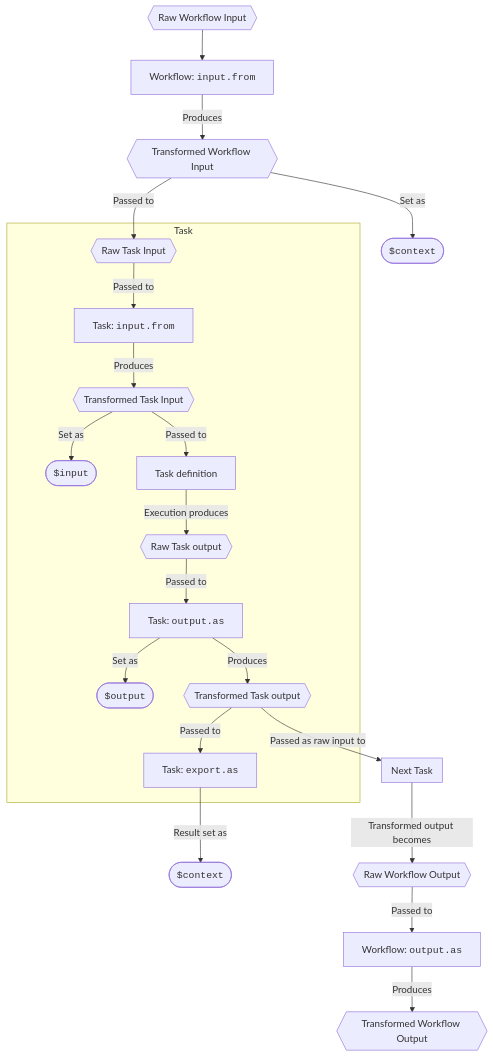
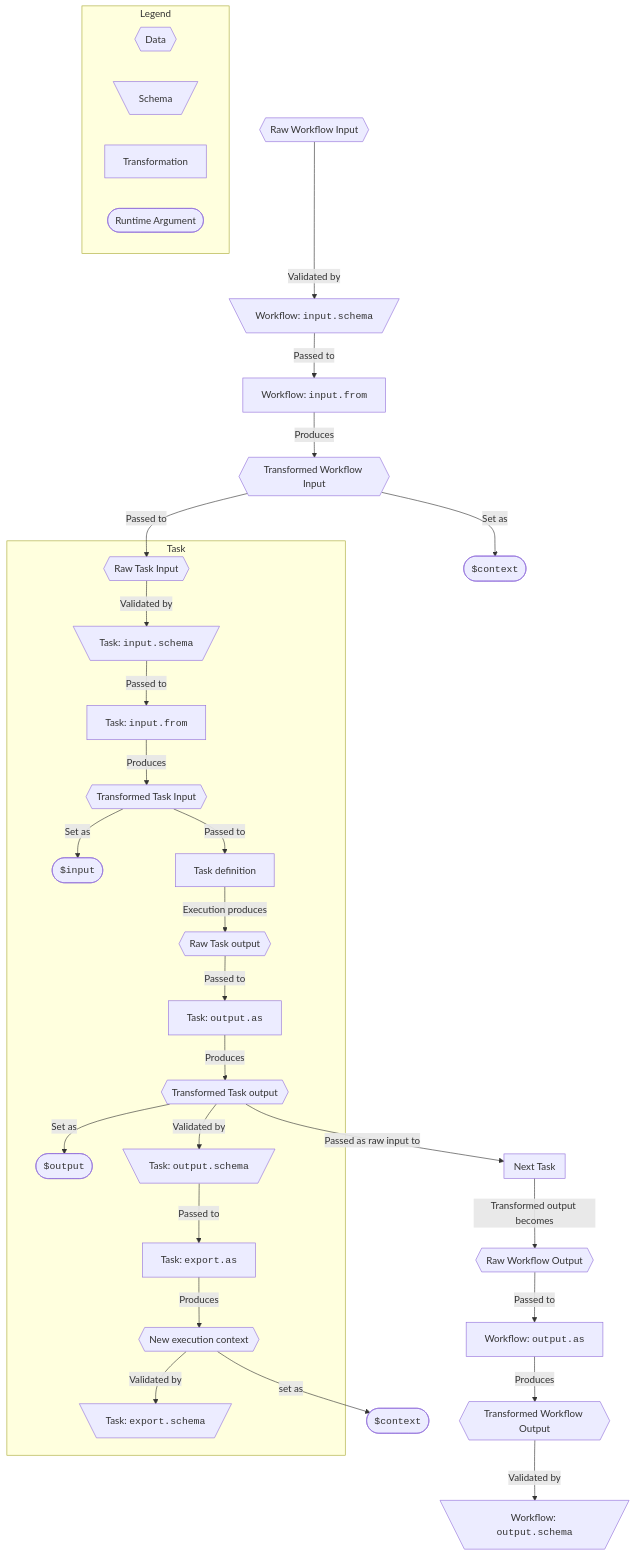
The diagram in dsl.md (serverlessworkflow/specification), drawn with Mermaid before and after one commit. The commit also changed other lines of this file and 1 other file, not shown here.

Commit message:
docs: document schema validation order

````diff
--- a/dsl.md
+++ b/dsl.md
@@ -203,55 +219,75 @@
 ```mermaid
 flowchart TD
+
+  subgraph Legend
+    legend_data{{Data}}
+    legend_schema[\Schema/]
+    legend_transformation[Transformation]
+    legend_arg([Runtime Argument])
+  end
 
   initial_context_arg([<code>$context</code>])
   context_arg([<code>$context</code>])
   input_arg([<code>$input</code>])
   output_arg([<code>$output</code>])
 
   workflow_raw_input{{Raw Workflow Input}}
+  workflow_input_schema[\Workflow: <code>input.schema</code>/]
   workflow_input_from[Workflow: <code>input.from</code>]
   workflow_transformed_input{{Transformed Workflow Input}}
 
   task_raw_input{{Raw Task Input}}
+  task_input_schema[\Task: <code>input.schema</code>/]
   task_input_from[Task: <code>input.from</code>]
   task_transformed_input{{Transformed Task Input}}
   task_definition[Task definition]
   task_raw_output{{Raw Task output}}
   task_output_as[Task: <code>output.as</code>]
   task_transformed_output{{Transformed Task output}}
+  task_output_schema[\Task: <code>output.schema</code>/]
   task_export_as[Task: <code>export.as</code>]
+  task_export_schema[\Task: <code>export.schema</code>/]
+
+  new_context{{New execution context}}
   
   workflow_raw_output{{Raw Workflow Output}}
   workflow_output_as[Workflow: <code>output.as</code>]
   workflow_transformed_output{{Transformed Workflow Output}}
+  workflow_output_schema[\Workflow: <code>output.schema</code>/]
 
-  workflow_raw_input --> workflow_input_from
+  workflow_raw_input -- Validated by --> workflow_input_schema
+  workflow_input_schema -- Passed to --> workflow_input_from
   workflow_input_from -- Produces --> workflow_transformed_input
   workflow_transformed_input -- Set as --> initial_context_arg
   workflow_transformed_input -- Passed to --> task_raw_input
 
   subgraph Task
 
-    task_raw_input -- Passed to --> task_input_from
+    task_raw_input -- Validated by --> task_input_schema
+    task_input_schema -- Passed to --> task_input_from
     task_input_from -- Produces --> task_transformed_input
     task_transformed_input -- Set as --> input_arg
     task_transformed_input -- Passed to --> task_definition
 
     task_definition -- Execution produces --> task_raw_output
     task_raw_output -- Passed to --> task_output_as
     task_output_as -- Produces --> task_transformed_output
-    task_output_as -- Set as --> output_arg
-    task_transformed_output -- Passed to --> task_export_as
+    task_transformed_output -- Set as --> output_arg
+    task_transformed_output -- Validated by --> task_output_schema
+    task_output_schema -- Passed to --> task_export_as
+    task_export_as -- Produces --> new_context
+    new_context -- Validated by --> task_export_schema
   end
 
   task_transformed_output -- Passed as raw input to --> next_task
 
   subgraph next_task [Next Task]
   end
 
-  task_export_as -- Result set as --> context_arg
+  new_context -- set as --> context_arg
 
   next_task -- Transformed output becomes --> workflow_raw_output
   workflow_raw_output -- Passed to --> workflow_output_as
   workflow_output_as -- Produces --> workflow_transformed_output
+  workflow_transformed_output -- Validated by --> workflow_output_schema
 ```
````
